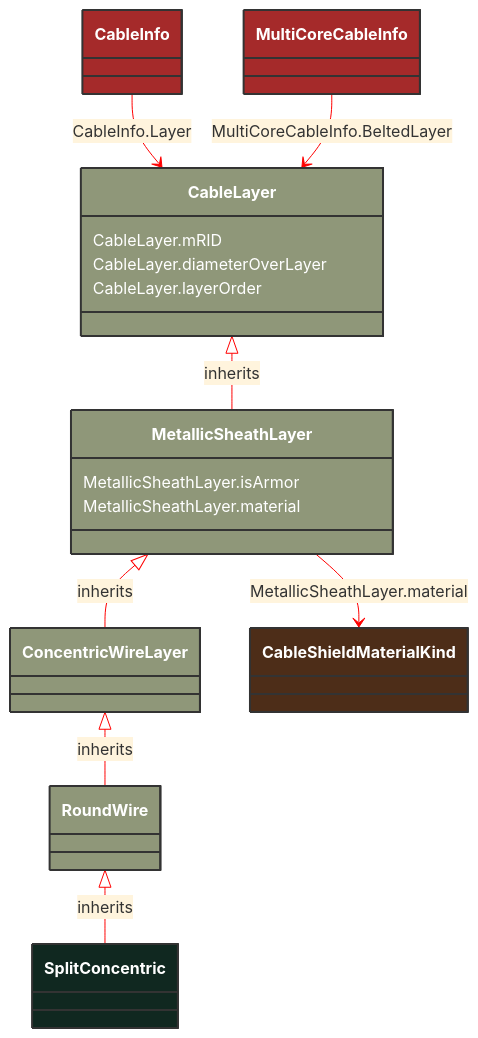
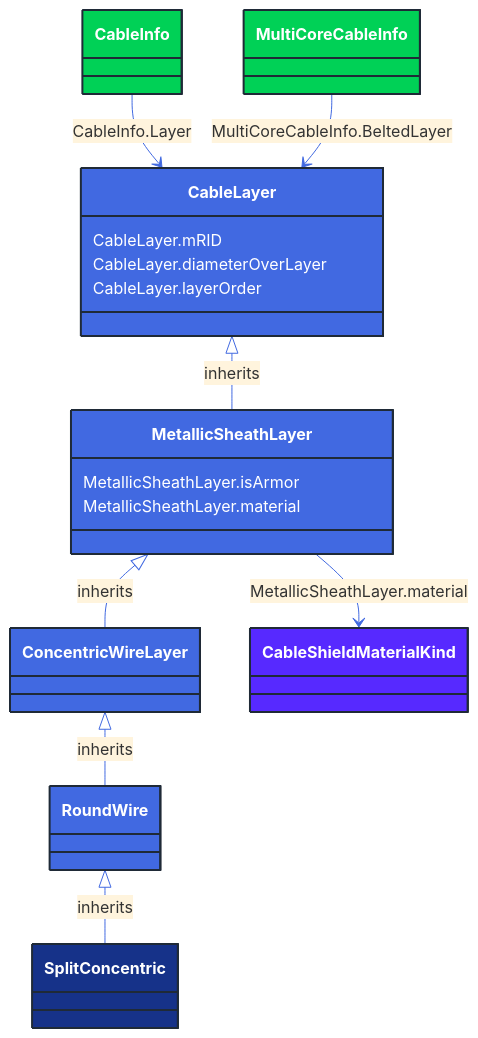
The diagram in docs/Models/Profiles/SubseaCableInfo/ConcreteClasses/SplitConcentric.md (3lbits/NoCIMExtensions), drawn with Mermaid before and after one commit. The commit also changed 362 other files, not shown here.

First line of the commit message:
Update diagrams and styles for improved visual consistency

````diff
--- a/docs/Models/Profiles/SubseaCableInfo/ConcreteClasses/SplitConcentric.md
+++ b/docs/Models/Profiles/SubseaCableInfo/ConcreteClasses/SplitConcentric.md
@@ -8,48 +8,48 @@
 ```mermaid
-%%{init: {'theme':'base','themeVariables': {'lineColor': '#FF0000'}}}%%
+%%{init: {'theme':'base','themeVariables': {'lineColor': '#4169E1'}}}%%
 classDiagram
     class SplitConcentric
     click SplitConcentric href "/Models/Profiles/SubseaCableInfo/ConcreteClasses/SplitConcentric/"
-    style SplitConcentric fill:#102820,stroke:#333,stroke-width:2px,rx:10,ry:10,color:white
+    style SplitConcentric fill:#163289,stroke:#1F2A37,stroke-width:2px,rx:10,ry:10,color:white
      
         RoundWire <|-- SplitConcentric : inherits
             click RoundWire href "/Models/Profiles/SubseaCableInfo/ConcreteClasses/RoundWire/"
-            style RoundWire fill:#8F9779,stroke:#333,stroke-width:2px,rx:10,ry:10,color:white
+            style RoundWire fill:#4169E1,stroke:#1F2A37,stroke-width:2px,rx:10,ry:10,color:white
      
         ConcentricWireLayer <|-- RoundWire : inherits
             click ConcentricWireLayer href "/Models/Profiles/SubseaCableInfo/ConcreteClasses/ConcentricWireLayer/"
-            style ConcentricWireLayer fill:#8F9779,stroke:#333,stroke-width:2px,rx:10,ry:10,color:white
+            style ConcentricWireLayer fill:#4169E1,stroke:#1F2A37,stroke-width:2px,rx:10,ry:10,color:white
      
         MetallicSheathLayer <|-- ConcentricWireLayer : inherits
             click MetallicSheathLayer href "/Models/Profiles/SubseaCableInfo/ConcreteClasses/MetallicSheathLayer/"
-            style MetallicSheathLayer fill:#8F9779,stroke:#333,stroke-width:2px,rx:10,ry:10,color:white
+            style MetallicSheathLayer fill:#4169E1,stroke:#1F2A37,stroke-width:2px,rx:10,ry:10,color:white
      
         CableLayer <|-- MetallicSheathLayer : inherits
             click CableLayer href "/Models/Profiles/SubseaCableInfo/AbstractClasses/CableLayer/"
-            style CableLayer fill:#8F9779,stroke:#333,stroke-width:2px,rx:10,ry:10,color:white
+            style CableLayer fill:#4169E1,stroke:#1F2A37,stroke-width:2px,rx:10,ry:10,color:white
 
 
         CableInfo --> CableLayer : CableInfo.Layer
 
         CableInfo
             click CableInfo href "/Models/Profiles/SubseaCableInfo/ConcreteClasses/CableInfo/"
-            style CableInfo fill:#A52A2A,stroke:#333,stroke-width:2px,rx:10,ry:10,color:white
+            style CableInfo fill:#00D156,stroke:#1F2A37,stroke-width:2px,rx:10,ry:10,color:white
 
         MultiCoreCableInfo --> CableLayer : MultiCoreCableInfo.BeltedLayer
 
         MultiCoreCableInfo
             click MultiCoreCableInfo href "/Models/Profiles/SubseaCableInfo/ConcreteClasses/MultiCoreCableInfo/"
-            style MultiCoreCableInfo fill:#A52A2A,stroke:#333,stroke-width:2px,rx:10,ry:10,color:white
+            style MultiCoreCableInfo fill:#00D156,stroke:#1F2A37,stroke-width:2px,rx:10,ry:10,color:white
 
         MetallicSheathLayer --> CableShieldMaterialKind : MetallicSheathLayer.material
 
         CableShieldMaterialKind
             click CableShieldMaterialKind href "/Models/Profiles/SubseaCableInfo/Enumerations/CableShieldMaterialKind/"
-            style CableShieldMaterialKind fill:#4D2D18,stroke:#333,stroke-width:2px,rx:10,ry:10,color:white
+            style CableShieldMaterialKind fill:#5729FF,stroke:#1F2A37,stroke-width:2px,rx:10,ry:10,color:white
 
         MetallicSheathLayer : MetallicSheathLayer.isArmor
         MetallicSheathLayer : MetallicSheathLayer.material
         CableLayer : CableLayer.mRID
         CableLayer : CableLayer.diameterOverLayer
         CableLayer : CableLayer.layerOrder
 ```
````
